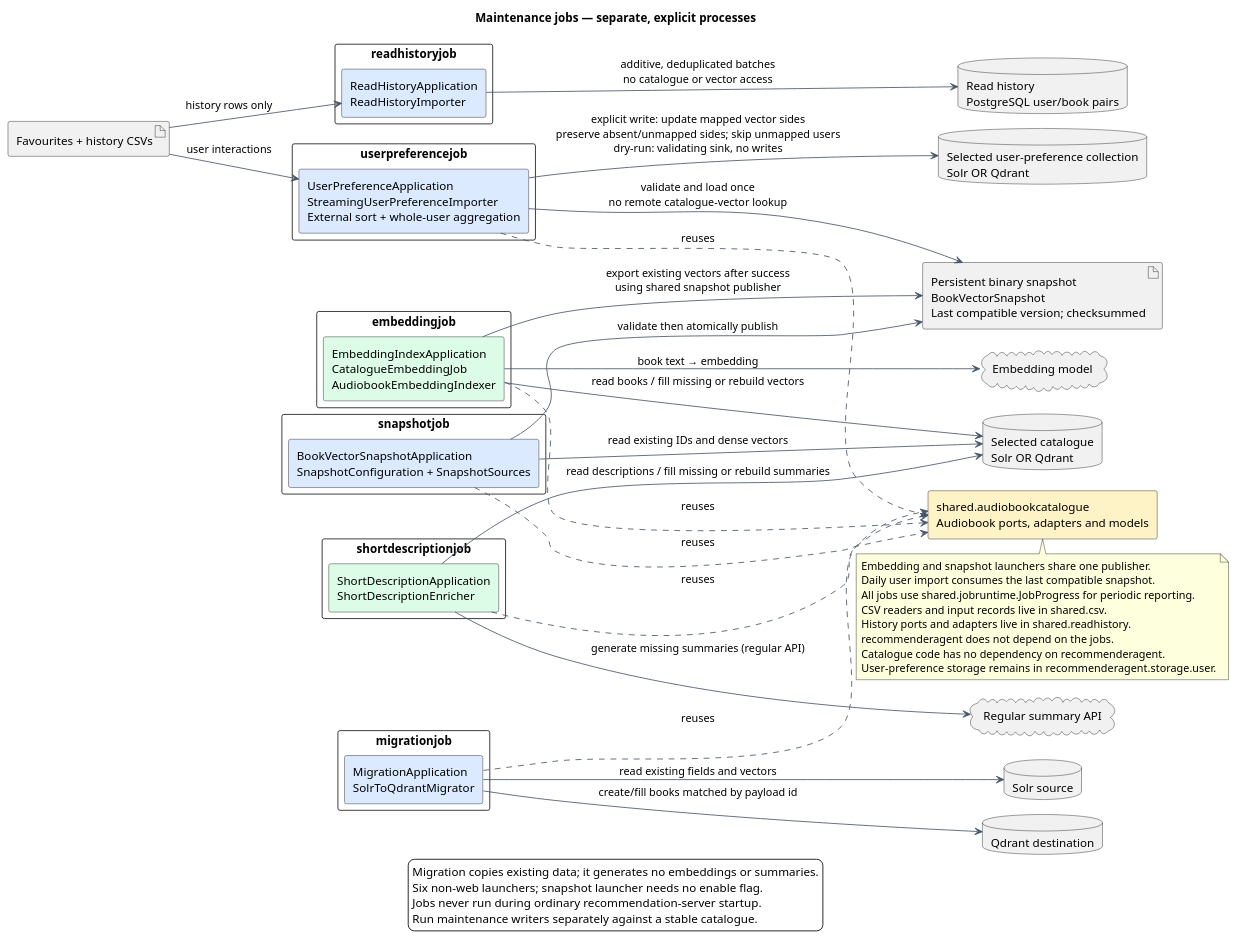
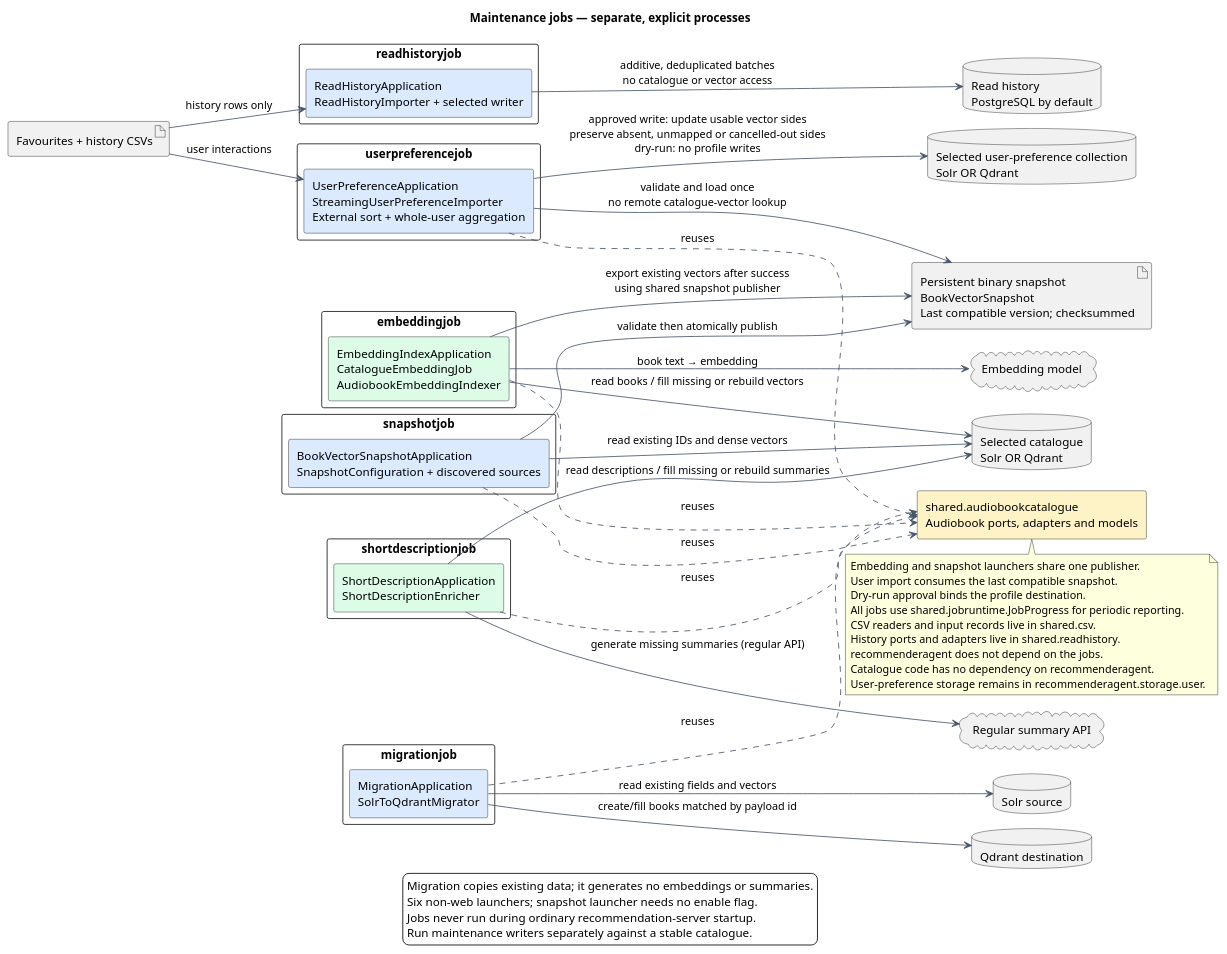
One commit to Juliu9/IT-Project changed the diagram in docs/diagrams/maintenance-jobs.puml. Above: the diagram before and after it, drawn with PlantUML. The commit also changed 12 other files, not shown here.

```diff
--- a/docs/diagrams/maintenance-jobs.puml
+++ b/docs/diagrams/maintenance-jobs.puml
@@ -1,78 +1,79 @@
 @startuml
 !pragma layout smetana
 title Maintenance jobs — separate, explicit processes
 left to right direction
 skinparam backgroundColor #FFFFFF
 skinparam shadowing false
 skinparam componentStyle rectangle
 skinparam packageStyle rectangle
 skinparam defaultFontName SansSerif
 skinparam ArrowColor #475569
 
 package "embeddingjob" {
   component "EmbeddingIndexApplication\nCatalogueEmbeddingJob\nAudiobookEmbeddingIndexer" as Embedding #DCFCE7
 }
 package "shortdescriptionjob" {
   component "ShortDescriptionApplication\nShortDescriptionEnricher" as Summary #DCFCE7
 }
 package "migrationjob" {
   component "MigrationApplication\nSolrToQdrantMigrator" as Migration #DBEAFE
 }
 package "userpreferencejob" {
   component "UserPreferenceApplication\nStreamingUserPreferenceImporter\nExternal sort + whole-user aggregation" as Preferences #DBEAFE
 }
 package "snapshotjob" {
-  component "BookVectorSnapshotApplication\nSnapshotConfiguration + SnapshotSources" as Snapshot #DBEAFE
+  component "BookVectorSnapshotApplication\nSnapshotConfiguration + discovered sources" as Snapshot #DBEAFE
 }
 package "readhistoryjob" {
-  component "ReadHistoryApplication\nReadHistoryImporter" as History #DBEAFE
+  component "ReadHistoryApplication\nReadHistoryImporter + selected writer" as History #DBEAFE
 }
-database "Read history\nPostgreSQL user/book pairs" as ReadHistoryStore
+database "Read history\nPostgreSQL by default" as ReadHistoryStore
 component "shared.audiobookcatalogue\nAudiobook ports, adapters and models" as Shared #FEF3C7
 database "Selected catalogue\nSolr OR Qdrant" as Catalogue
 database "Solr source" as SolrSource
 database "Qdrant destination" as QdrantTarget
 database "Selected user-preference collection\nSolr OR Qdrant" as UserStore
 artifact "Persistent binary snapshot\nBookVectorSnapshot\nLast compatible version; checksummed" as LocalSnapshot
 artifact "Favourites + history CSVs" as CSV
 cloud "Embedding model" as EmbeddingModel
 cloud "Regular summary API" as SummaryModel
 
 Embedding ..> Shared : reuses
 Summary ..> Shared : reuses
 Migration ..> Shared : reuses
 Preferences ..> Shared : reuses
 Snapshot ..> Shared : reuses
 
 Embedding --> Catalogue : read books / fill missing or rebuild vectors
 Embedding --> EmbeddingModel : book text → embedding
 Embedding --> LocalSnapshot : export existing vectors after success\nusing shared snapshot publisher
 Snapshot --> Catalogue : read existing IDs and dense vectors
 Snapshot --> LocalSnapshot : validate then atomically publish
 Summary --> Catalogue : read descriptions / fill missing or rebuild summaries
 Summary --> SummaryModel : generate missing summaries (regular API)
 Migration --> SolrSource : read existing fields and vectors
 Migration --> QdrantTarget : create/fill books matched by payload id
 CSV --> Preferences : user interactions
 CSV --> History : history rows only
 History --> ReadHistoryStore : additive, deduplicated batches\nno catalogue or vector access
 Preferences --> LocalSnapshot : validate and load once\nno remote catalogue-vector lookup
-Preferences --> UserStore : explicit write: update mapped vector sides\npreserve absent/unmapped sides; skip unmapped users\ndry-run: validating sink, no writes
+Preferences --> UserStore : approved write: update usable vector sides\npreserve absent, unmapped or cancelled-out sides\ndry-run: no profile writes
 
 note bottom of Shared
   Embedding and snapshot launchers share one publisher.
-  Daily user import consumes the last compatible snapshot.
+  User import consumes the last compatible snapshot.
+  Dry-run approval binds the profile destination.
   All jobs use shared.jobruntime.JobProgress for periodic reporting.
   CSV readers and input records live in shared.csv.
   History ports and adapters live in shared.readhistory.
   recommenderagent does not depend on the jobs.
   Catalogue code has no dependency on recommenderagent.
   User-preference storage remains in recommenderagent.storage.user.
 end note
 legend bottom
   Migration copies existing data; it generates no embeddings or summaries.
   Six non-web launchers; snapshot launcher needs no enable flag.
   Jobs never run during ordinary recommendation-server startup.
   Run maintenance writers separately against a stable catalogue.
 endlegend
 @enduml
```
